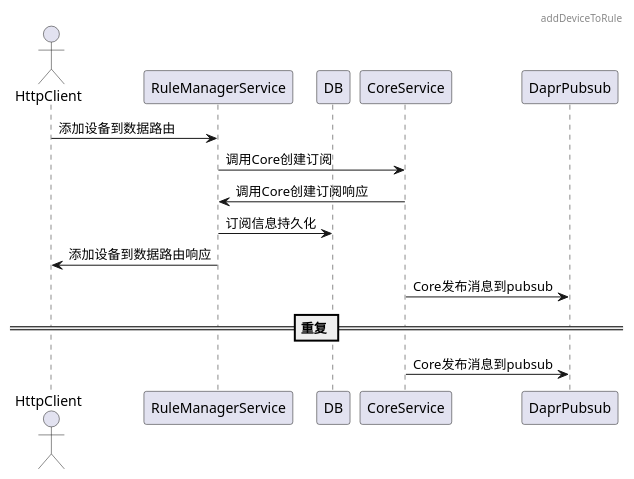
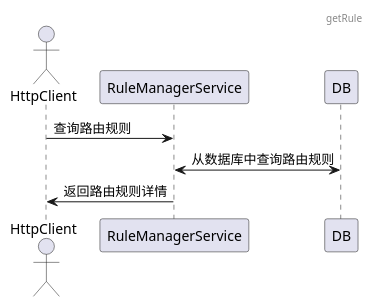
One commit to tkeel-io/docs changed the second of 8 diagrams in docs/api/appendix/plantuml/rule_manager.md. Above: the diagram before and after it, drawn with PlantUML. The commit also changed other lines of this file and 1 other file, not shown here.

Commit message:
feat: update data use plantuml

````diff
--- a/docs/api/appendix/plantuml/rule_manager.md
+++ b/docs/api/appendix/plantuml/rule_manager.md
@@ -32,22 +16,13 @@
 ```plantuml
 @startuml
-header addDeviceToRule
+header getRule
 
 actor HttpClient
 participant RuleManagerService
 participant DB
-participant CoreService
-participant DaprPubsub
 
-HttpClient->RuleManagerService:添加设备到数据路由
-RuleManagerService->CoreService:调用Core创建订阅
-RuleManagerService<-CoreService:调用Core创建订阅响应
-RuleManagerService->DB:订阅信息持久化
-HttpClient<-RuleManagerService:添加设备到数据路由响应
-
-
-CoreService->DaprPubsub:Core发布消息到pubsub
-== 重复 ==
-CoreService->DaprPubsub:Core发布消息到pubsub
+HttpClient->RuleManagerService:查询路由规则
+RuleManagerService<->DB:从数据库中查询路由规则
+RuleManagerService->HttpClient:返回路由规则详情
 @enduml
 ```
````
